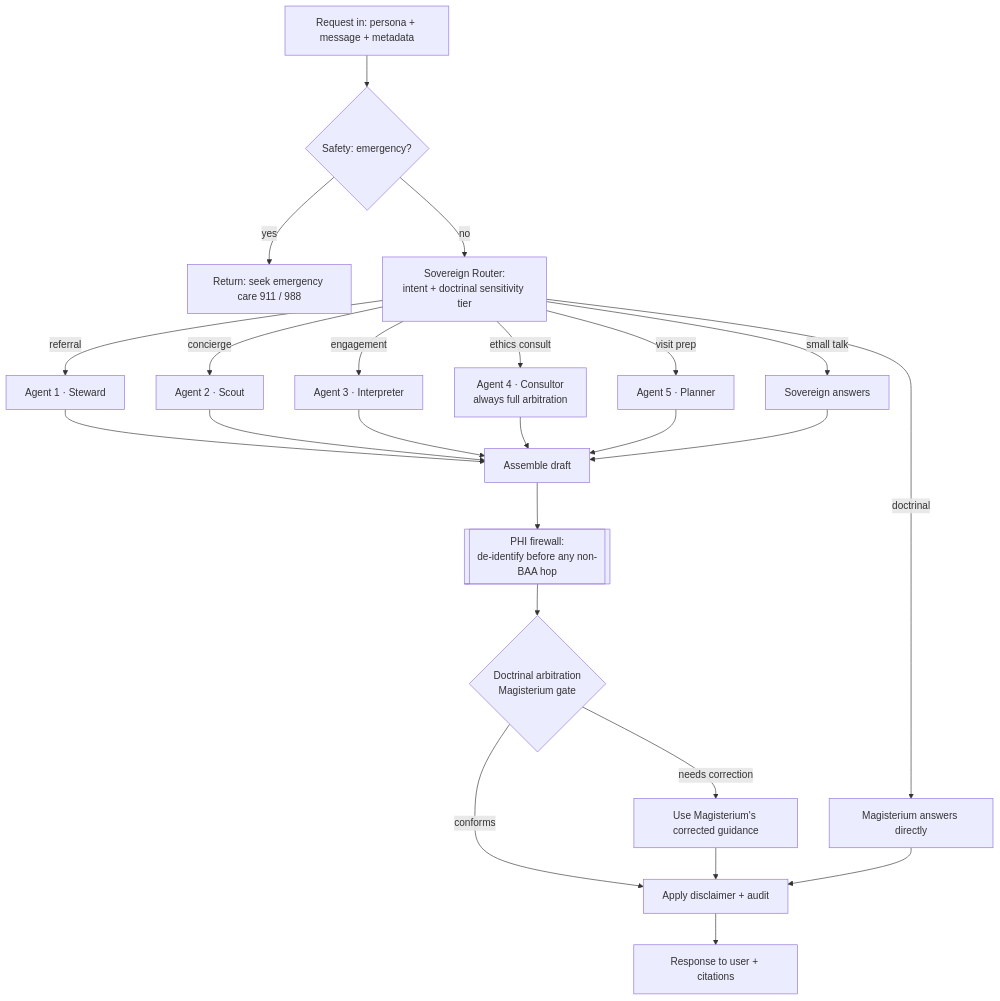
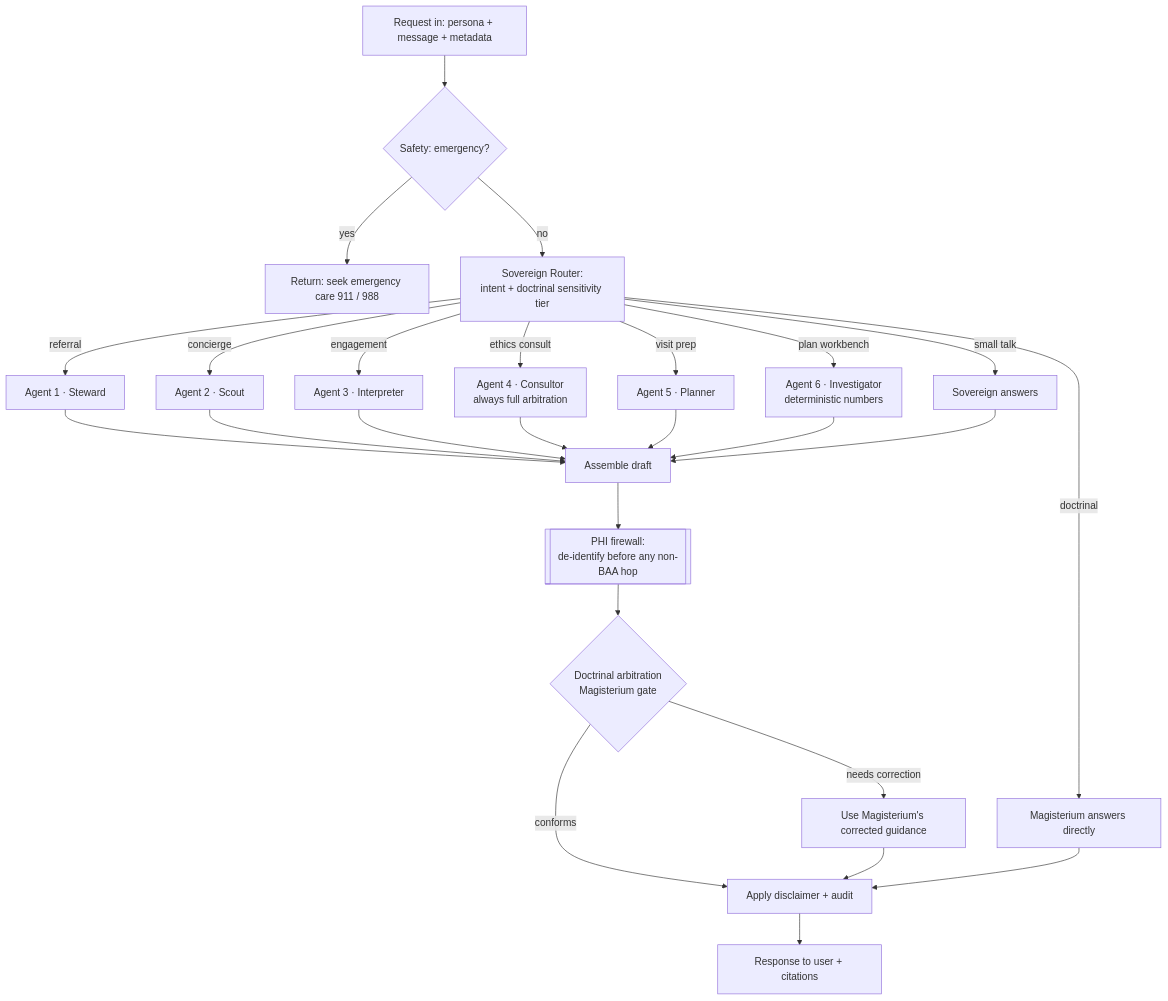
Before and after one commit to CosmaNeura/cosmaneura-sovereign: the diagram in ARCHITECTURE.md, drawn with Mermaid. The commit also changed other lines of this file and 14 other files, not shown here.

First line of the commit message:
Add Agent 6 plan workbench with deterministic calculators + 3-way output

````diff
--- a/ARCHITECTURE.md
+++ b/ARCHITECTURE.md
@@ -51,25 +51,27 @@
 ```mermaid
 flowchart TD
     A[Request in: persona + message + metadata] --> S{Safety: emergency?}
     S -- yes --> E[Return: seek emergency care 911 / 988]
     S -- no --> R[Sovereign Router:<br/>intent + doctrinal sensitivity tier]
     R -->|doctrinal| M1[Magisterium answers directly]
     R -->|referral| AG1[Agent 1 · Steward]
     R -->|concierge| AG2[Agent 2 · Scout]
     R -->|engagement| AG3[Agent 3 · Interpreter]
     R -->|ethics consult| AG4[Agent 4 · Consultor<br/>always full arbitration]
     R -->|visit prep| AG5[Agent 5 · Planner]
+    R -->|plan workbench| AG6[Agent 6 · Investigator<br/>deterministic numbers]
     R -->|small talk| ST[Sovereign answers]
     AG1 --> ASM[Assemble draft]
     AG2 --> ASM
     AG3 --> ASM
     AG4 --> ASM
     AG5 --> ASM
+    AG6 --> ASM
     ST --> ASM
     ASM --> PHI[[PHI firewall:<br/>de-identify before any non-BAA hop]]
     PHI --> ARB{Doctrinal arbitration<br/>Magisterium gate}
     ARB -- conforms --> OUT[Apply disclaimer + audit]
     ARB -- needs correction --> FIX[Use Magisterium's corrected guidance] --> OUT
     M1 --> OUT
     OUT --> Z[Response to user + citations]
 ```
````
